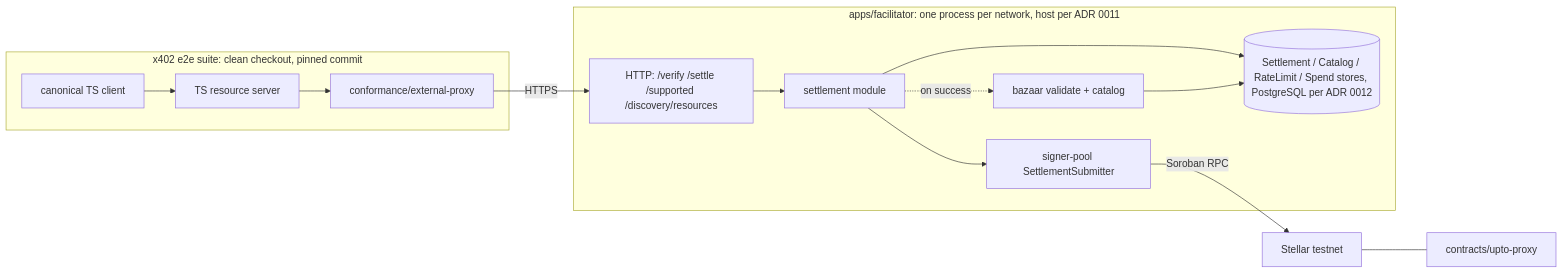
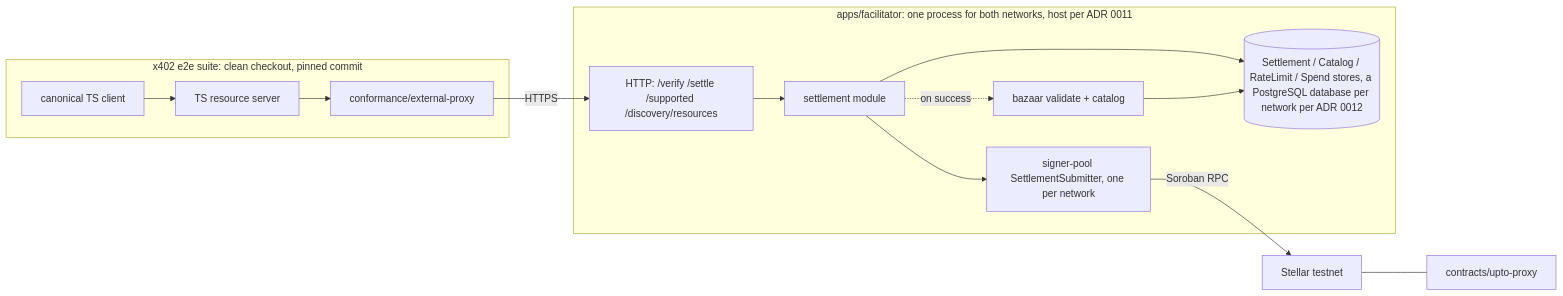
The second of 3 diagrams in docs/architecture/m1-spine.md (rumblefishdev/stellar-x402), drawn with Mermaid before and after one commit. The commit also changed other lines of this file and 5 other files, not shown here.

First line of the commit message:
docs(lore-0077): describe one facilitator for both networks

````diff
--- a/docs/architecture/m1-spine.md
+++ b/docs/architecture/m1-spine.md
@@ -386,17 +386,17 @@
 ```mermaid
 graph LR
   subgraph e2e[x402 e2e suite: clean checkout, pinned commit]
     client[canonical TS client] --> server[TS resource server]
     server --> proxy[conformance/external-proxy]
   end
   proxy -- HTTPS --> api
-  subgraph svc[apps/facilitator: one process per network, host per ADR 0011]
+  subgraph svc[apps/facilitator: one process for both networks, host per ADR 0011]
     api[HTTP: /verify /settle /supported /discovery/resources] --> app[settlement module]
-    app --> pool[signer-pool SettlementSubmitter]
+    app --> pool[signer-pool SettlementSubmitter, one per network]
     app -. on success .-> catalog[bazaar validate + catalog]
-    app --> stores[(Settlement / Catalog / RateLimit / Spend stores, PostgreSQL per ADR 0012)]
+    app --> stores[(Settlement / Catalog / RateLimit / Spend stores, a PostgreSQL database per network per ADR 0012)]
     catalog --> stores
   end
   pool -- Soroban RPC --> chain[Stellar testnet]
   chain --- upto[contracts/upto-proxy]
 ```
````
